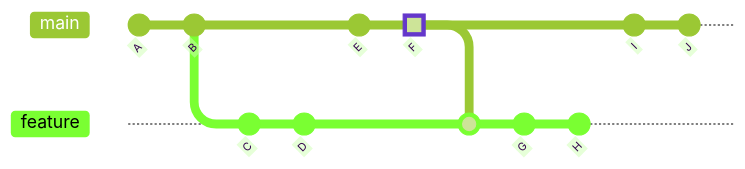
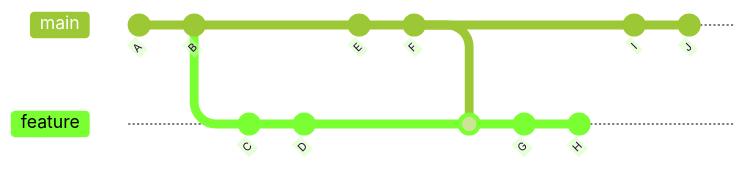
One commit to lkilpatrick/gitstream-mkdocs changed the third of 3 diagrams in docs/19_how-it-works.md.md. Above: the diagram before and after it, drawn with Mermaid (forest theme).

Commit message:
fix for git flow

````diff
--- a/docs/19_how-it-works.md.md
+++ b/docs/19_how-it-works.md.md
@@ -76,18 +76,18 @@
 ```mermaid
 gitGraph
    commit id: "A"
    commit id: "B"
    branch feature
    commit id: "C"
    commit id: "D"
    checkout main
    commit id: "E"
-   commit id: "F" type: HIGHLIGHT
+   commit id: "F"
    checkout feature
    merge main
    commit id: "G"
    commit id: "H"
    checkout main
    commit id: "I"
    commit id: "J"
 ```
````
